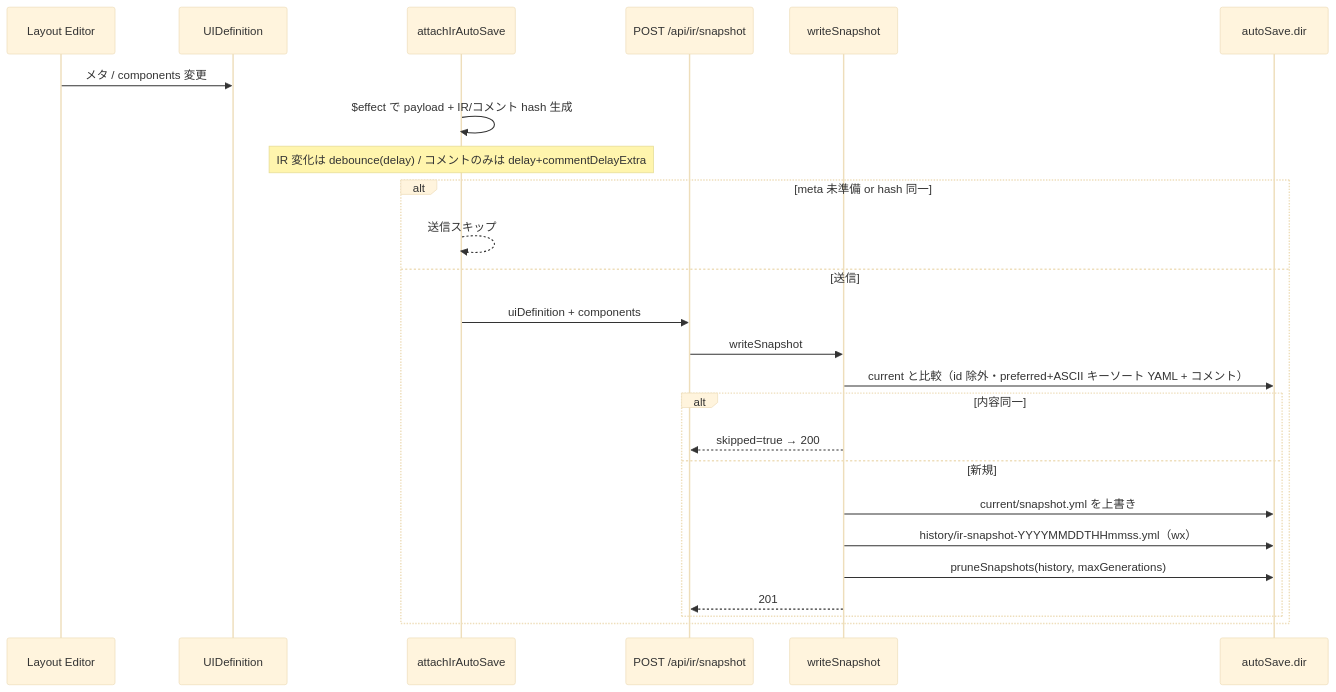
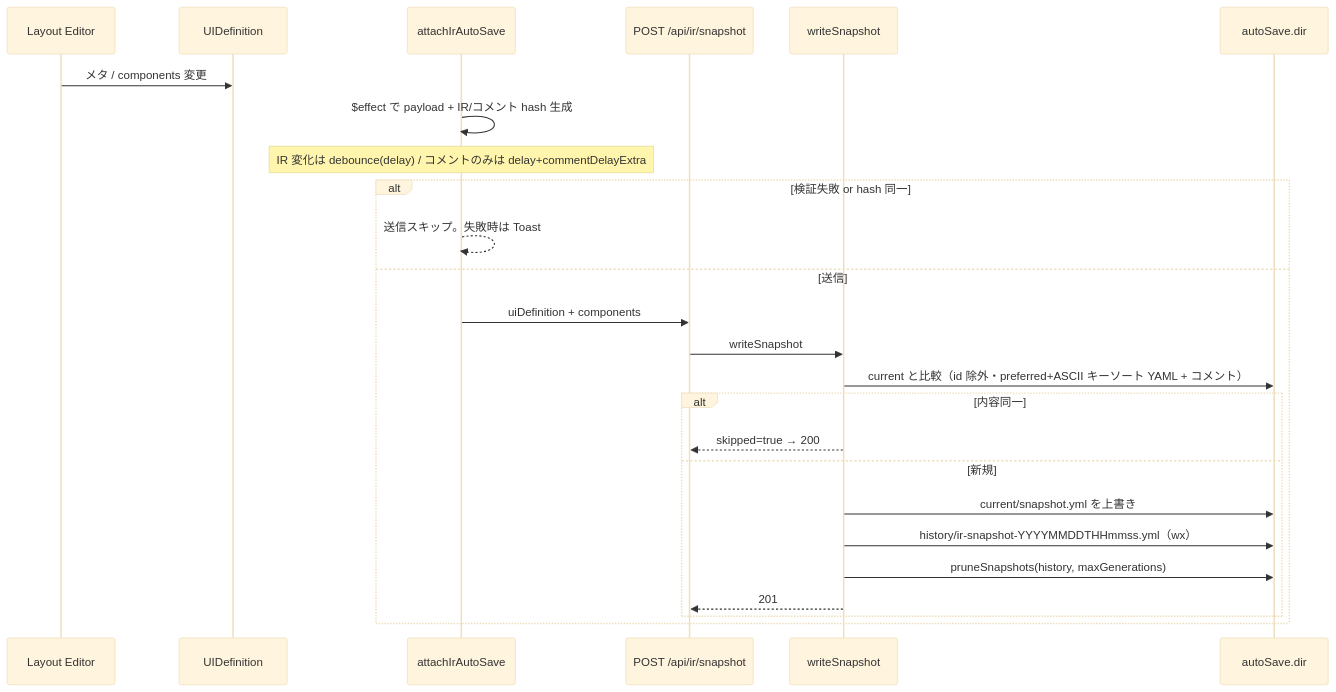
Before and after one commit to tatsuEX/lightweight-ir-modeler: the diagram in docs/use-cases/ir-snapshot-auto-save.md, drawn with Mermaid (base theme). The commit also changed other lines of this file and 6 other files, not shown here.

````diff
--- a/docs/use-cases/ir-snapshot-auto-save.md
+++ b/docs/use-cases/ir-snapshot-auto-save.md
@@ -48,28 +49,28 @@
 ```mermaid
 sequenceDiagram
   participant Editor as Layout Editor
   participant Store as UIDefinition
   participant Auto as attachIrAutoSave
   participant API as POST /api/ir/snapshot
   participant IO as writeSnapshot
   participant Disk as autoSave.dir
 
   Editor->>Store: メタ / components 変更
   Auto->>Auto: $effect で payload + IR/コメント hash 生成
   Note over Auto: IR 変化は debounce(delay) / コメントのみは delay+commentDelayExtra
-  alt meta 未準備 or hash 同一
-    Auto-->>Auto: 送信スキップ
+  alt 検証失敗 or hash 同一
+    Auto-->>Auto: 送信スキップ。失敗時は Toast
   else 送信
     Auto->>API: uiDefinition + components
     API->>IO: writeSnapshot
     IO->>Disk: current と比較（id 除外・preferred+ASCII キーソート YAML + コメント）
     alt 内容同一
       IO-->>API: skipped=true → 200
     else 新規
       IO->>Disk: current/snapshot.yml を上書き
       IO->>Disk: history/ir-snapshot-YYYYMMDDTHHmmss.yml（wx）
       IO->>Disk: pruneSnapshots(history, maxGenerations)
       IO-->>API: 201
     end
   end
 ```
````
